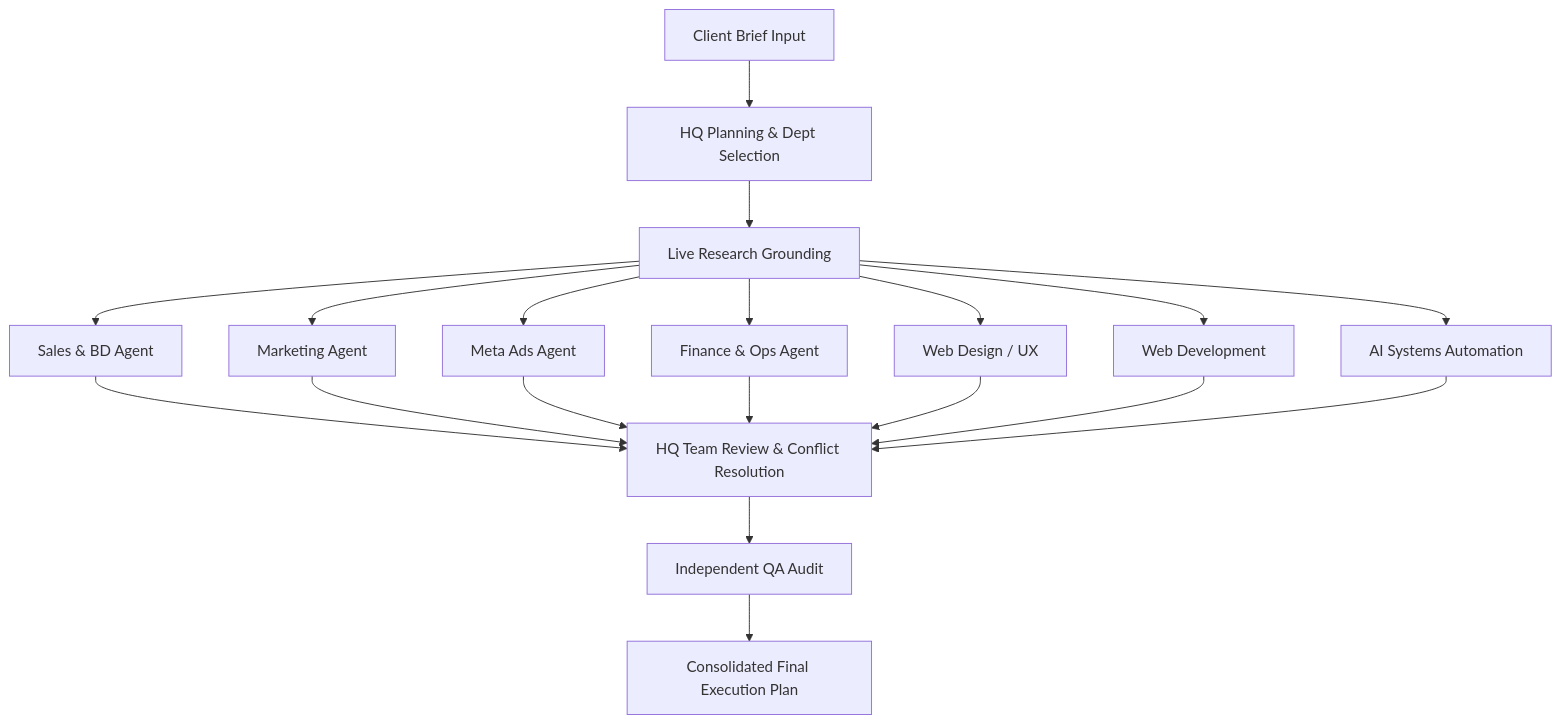
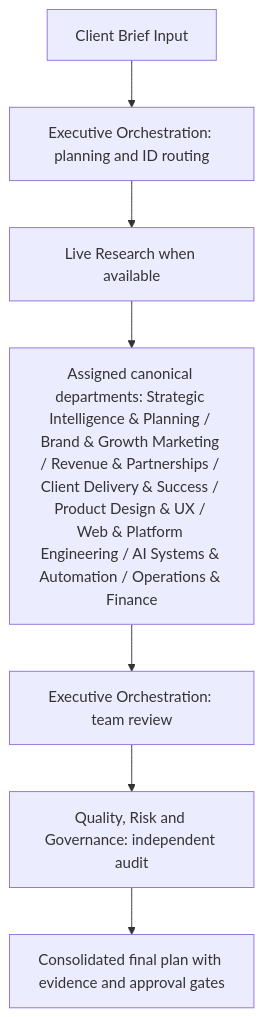
One commit to Ony-Sins/growforge-digital-ai-os changed the diagram in docs/brain/SYSTEM_TOPOLOGY.md. Above: the diagram before and after it, drawn with Mermaid. The commit also changed other lines of this file and 41 other files, not shown here.

Commit message:
docs: reconcile product roadmap and project handoff

````diff
--- a/docs/brain/SYSTEM_TOPOLOGY.md
+++ b/docs/brain/SYSTEM_TOPOLOGY.md
@@ -8,15 +8,9 @@
 ```mermaid
 graph TD
-    A[Client Brief Input] --> B[HQ Planning & Dept Selection]
-    B --> C[Live Research Grounding]
-    C --> D1[Sales & BD Agent]
-    C --> D2[Marketing Agent]
-    C --> D3[Meta Ads Agent]
-    C --> D4[Finance & Ops Agent]
-    C --> D5[Web Design / UX]
-    C --> D6[Web Development]
-    C --> D7[AI Systems Automation]
-    D1 & D2 & D3 & D4 & D5 & D6 & D7 --> E[HQ Team Review & Conflict Resolution]
-    E --> F[Independent QA Audit]
-    F --> G[Consolidated Final Execution Plan]
+    A[Client Brief Input] --> B[Executive Orchestration: planning and ID routing]
+    B --> C[Live Research when available]
+    C --> D[Assigned canonical departments: Strategic Intelligence & Planning / Brand & Growth Marketing / Revenue & Partnerships / Client Delivery & Success / Product Design & UX / Web & Platform Engineering / AI Systems & Automation / Operations & Finance]
+    D --> E[Executive Orchestration: team review]
+    E --> F[Quality, Risk and Governance: independent audit]
+    F --> G[Consolidated final plan with evidence and approval gates]
 ```
````
